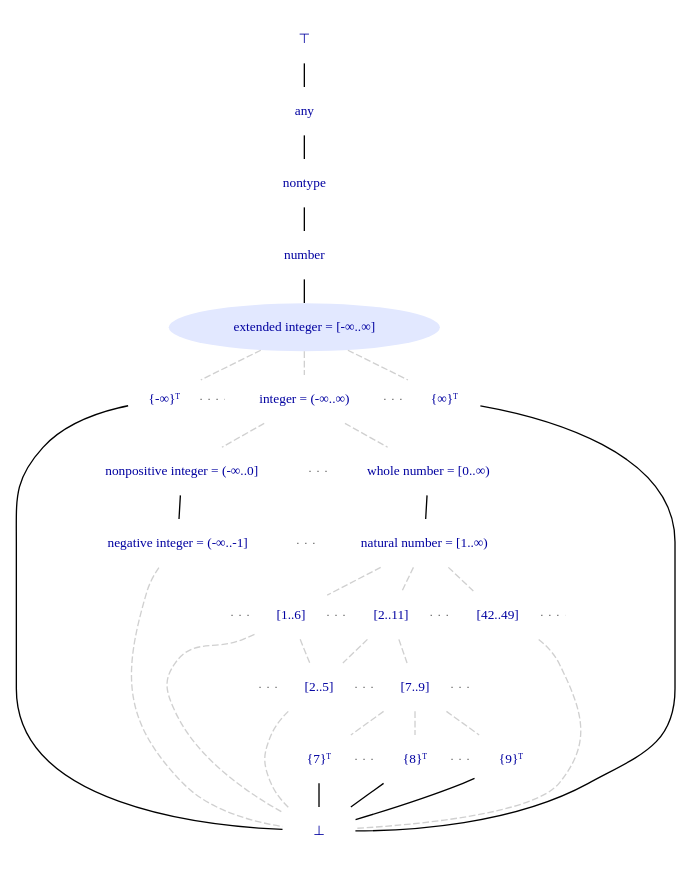
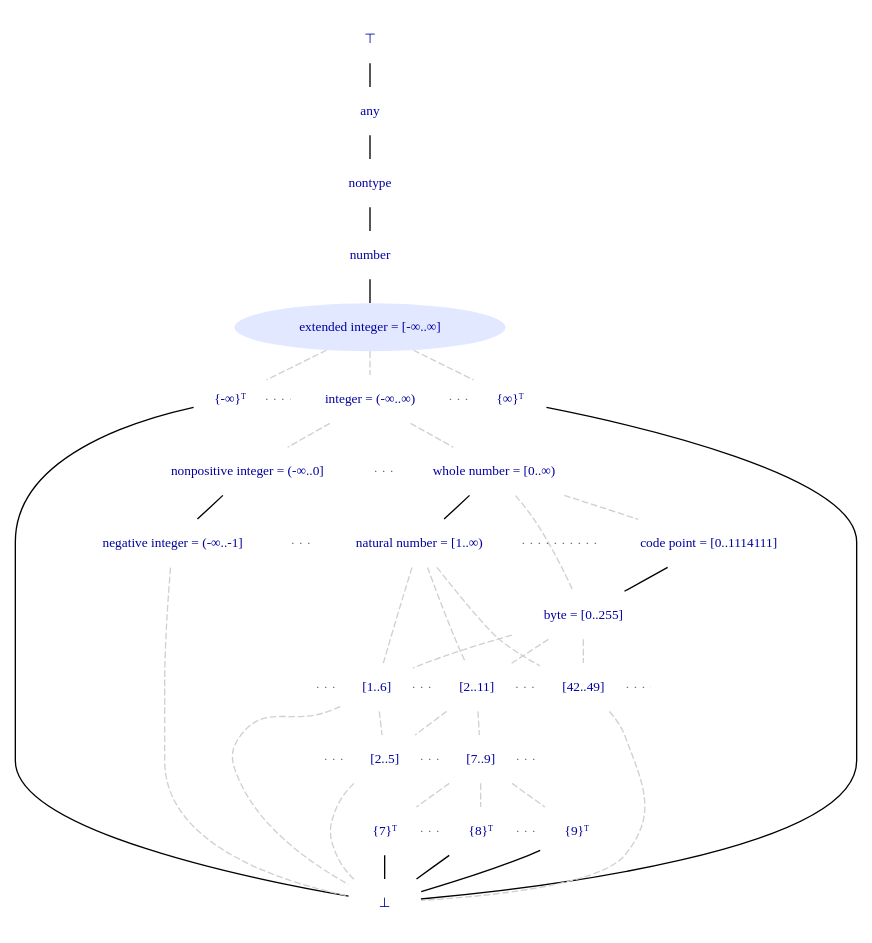
The diagram in about-avail/documentation/type-system/private/scripts/type-system-extended-integer-focus.gv (AvailLang/www.availlang.org), drawn with Graphviz before and after one commit. The commit also changed 6 other files, not shown here.

```diff
--- a/about-avail/documentation/type-system/private/scripts/type-system-extended-integer-focus.gv
+++ b/about-avail/documentation/type-system/private/scripts/type-system-extended-integer-focus.gv
@@ -1,84 +1,96 @@
 strict graph "Type lattice: focus on extended integer."
 {
 	ranksep="0.25";
 	node
 	[
 		shape="plaintext",
 		fontname="Consolas",
 		fontsize="10",
 		fontcolor="#0000A0",
 		target="_top"
 	];
 
 	/* Labels for the nodes. */
         ⊤ [href="/about-avail/documentation/type-system/types-top.html"];
         any [href="/about-avail/documentation/type-system/types-any.html"];
         nontype [href="/about-avail/documentation/type-system/types-nontype.html"];
 	number [href="/about-avail/documentation/type-system/types-number.html"];
 	"extended integer"
 	[
 		label="extended integer = [-∞..∞]",
 		href="/about-avail/documentation/type-system/types-extended-integer.html",
 		shape="ellipse",
 		style="filled",
 		fillcolor="#E2E8FF",
 		peripheries="0"
 	];
 	"-∞ type" [label="{-∞}ᵀ"];
 	integer [label="integer = (-∞..∞)"];
 	"∞ type" [label="{∞}ᵀ"];
 	"nonpositive integer"
 	[
 		label="nonpositive integer = (-∞..0]",
-		href="/about-avail/documentation/type-system/types-extended-integer#types-nonpositive-integer.html"
+		href="/about-avail/documentation/type-system/types-extended-integer.html#types-nonpositive-integer"
 	];
 	"negative integer"
 	[
 		label="negative integer = (-∞..-1]",
-		href="/about-avail/documentation/type-system/types-extended-integer#types-negative-integer.html"
+		href="/about-avail/documentation/type-system/types-extended-integer.html#types-negative-integer"
 	];
 	"whole number"
 	[
 		label="whole number = [0..∞)",
-		href="/about-avail/documentation/type-system/types-extended-integer#types-whole-number.html"
+		href="/about-avail/documentation/type-system/types-extended-integer.html#types-whole-number"
 	];
 	"natural number"
 	[
 		label="natural number = [1..∞)",
-		href="/about-avail/documentation/type-system/types-extended-integer#types-natural-number.html"
+		href="/about-avail/documentation/type-system/types-extended-integer.html#types-natural-number"
+	];
+	"code point"
+	[
+		label="code point = [0..1114111]",
+		href="/about-avail/documentation/type-system/types-extended-integer.html#types-code-point"
+	];
+	byte
+	[
+		label="byte = [0..255]",
+		href="/about-avail/documentation/type-system/types-extended-integer.html#types-byte"
 	];
 	"…[1..6]" [label=""];
 	"[42..49]…" [label=""];
 	"…[2..5]" [label=""];
 	"[7..9]…" [label=""];
 	⊥ [href="/about-avail/documentation/type-system/types-bottom.html"];
 
 	/* Connectivity. */
 	⊤ -- any -- nontype -- number -- "extended integer";
 	"extended integer" -- {rank="same"; "-∞ type" integer "∞ type"}
 		[color="#d0d0d0", style="dashed"];
 	"-∞ type" -- integer -- "∞ type" [color="#707070", style="dotted"];
 	integer -- {rank="same"; "nonpositive integer" "whole number"}
 		[color="#d0d0d0", style="dashed"];
 	"nonpositive integer" -- "whole number" [color="#707070", style="dotted"];
 	"nonpositive integer" -- "negative integer";
 	"whole number" -- "natural number";
-	{rank="same"; "negative integer" "natural number"};
-	"negative integer" -- "natural number" [color="#707070", style="dotted"];
-	"natural number" -- {"[1..6]" "[2..11]" "[42..49]"}
+	"whole number" -- {"code point" "byte"} [color="#d0d0d0", style="dashed"];
+	{rank="same"; "negative integer" "natural number" "code point"};
+	"negative integer" -- "natural number" -- "code point" [color="#707070", style="dotted"];
+	{"natural number" "byte"} -- {"[1..6]" "[2..11]" "[42..49]"}
 		[color="#d0d0d0", style="dashed"];
+	"code point" -- byte;
 	{rank="same"; "…[1..6]" "[1..6]" "[2..11]" "[42..49]" "[42..49]…"};
 	"…[1..6]" -- "[1..6]" -- "[2..11]" -- "[42..49]" -- "[42..49]…"
 		[color="#707070", style="dotted"];
 	"[1..6]" -- "[2..5]" [color="#d0d0d0", style="dashed"];
 	"[2..11]" -- {"[2..5]" "[7..9]"} [color="#d0d0d0", style="dashed"];
 	{rank="same"; "…[2..5]" "[2..5]" "[7..9]" "[7..9]…"};
 	"…[2..5]" -- "[2..5]" -- "[7..9]" -- "[7..9]…"
 		[color="#707070", style="dotted"];
 	"[7..9]" -- {rank="same"; "{7}ᵀ" "{8}ᵀ" "{9}ᵀ"}
 		[color="#d0d0d0", style="dashed"];
 	"{7}ᵀ" -- "{8}ᵀ" -- "{9}ᵀ" [color="#707070", style="dotted"];
 	{"negative integer" "[1..6]" "[2..5]" "[42..49]"} -- ⊥
 		[color="#d0d0d0", style="dashed"];
 	{"-∞ type" "{7}ᵀ" "{8}ᵀ" "{9}ᵀ" "∞ type"} -- ⊥;
 }
```
